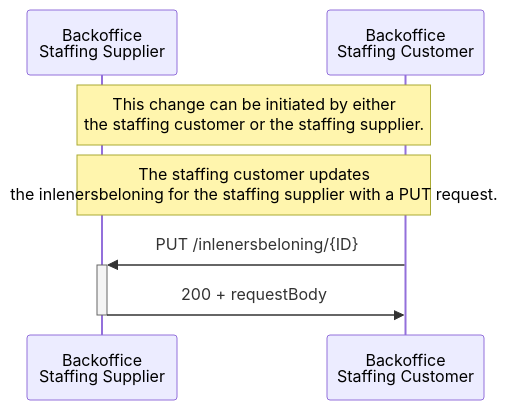
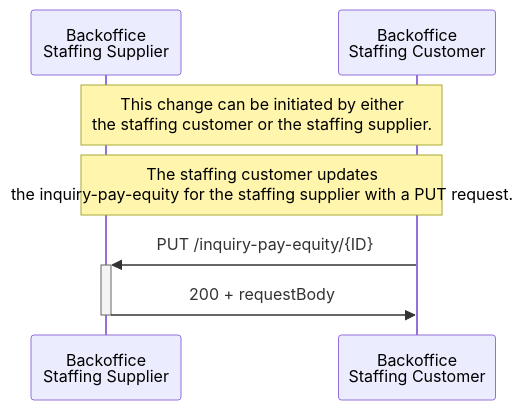
Before and after one commit to setu-standards/documentation: the second of 5 diagrams in app/docs/inlenersbeloning/sequence diagrams/sequence diagrams.md, drawn with Mermaid. The commit also changed other lines of this file and 10 other files, not shown here.

Commit message:
Updated name change of inlenersbeloning to Inquiry Pay Equity

````diff
--- a/app/docs/inlenersbeloning/sequence diagrams/sequence diagrams.md
+++ b/app/docs/inlenersbeloning/sequence diagrams/sequence diagrams.md
@@ -50,12 +50,12 @@
 ```mermaid
 sequenceDiagram
     participant Supplier as Backoffice <br/> Staffing Supplier
     participant Customer as Backoffice <br/> Staffing Customer
     
 
     Note over Supplier,Customer: This change can be initiated by either <br/> the staffing customer or the staffing supplier.
     
-    Note over Supplier,Customer: The staffing customer updates <br/> the inlenersbeloning for the staffing supplier with a PUT request.
-    Customer ->>+ Supplier: PUT /inlenersbeloning/{ID}
+    Note over Supplier,Customer: The staffing customer updates <br/> the inquiry-pay-equity for the staffing supplier with a PUT request.
+    Customer ->>+ Supplier: PUT /inquiry-pay-equity/{ID}
     Supplier ->>- Customer: 200 + requestBody 
 ```
````
